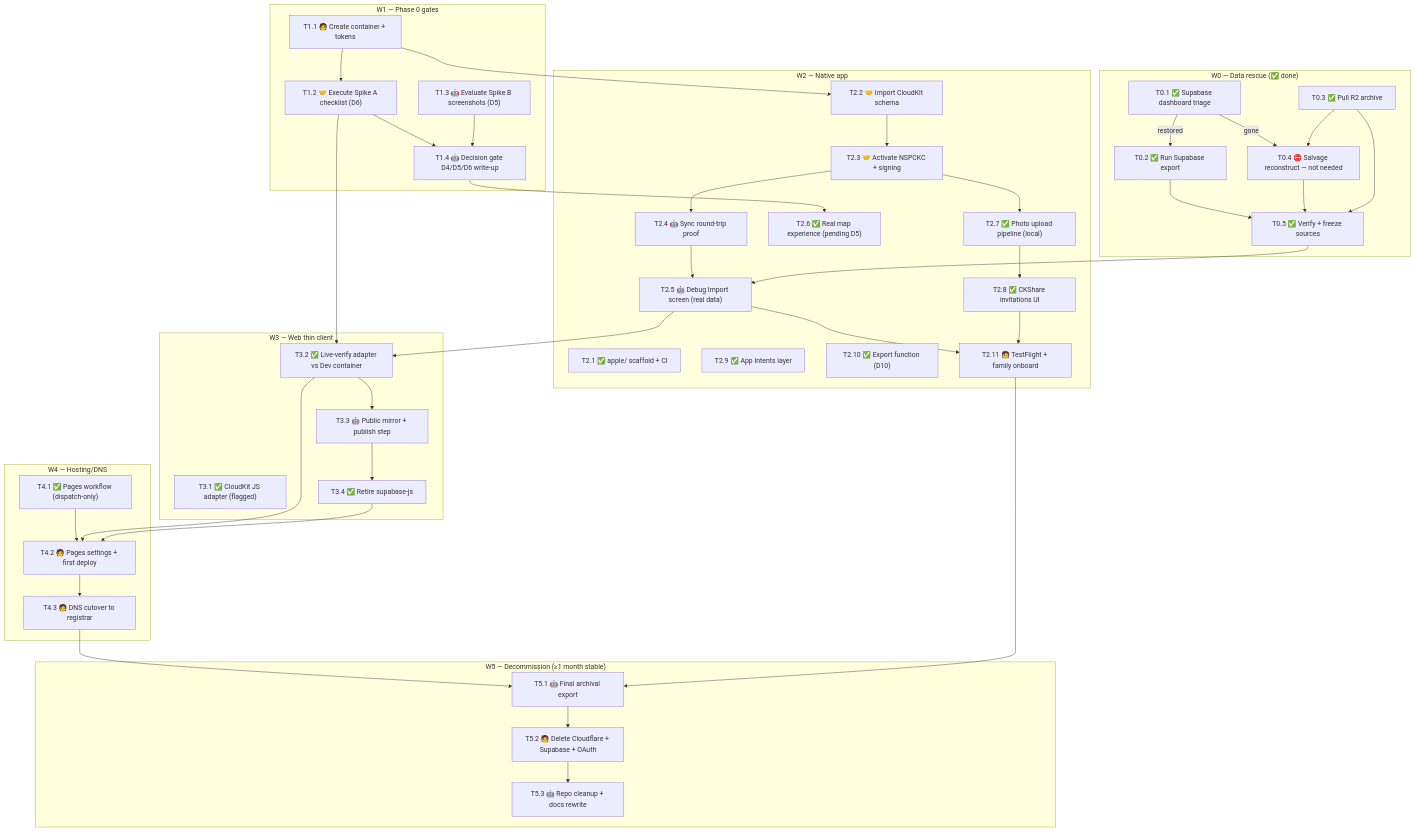
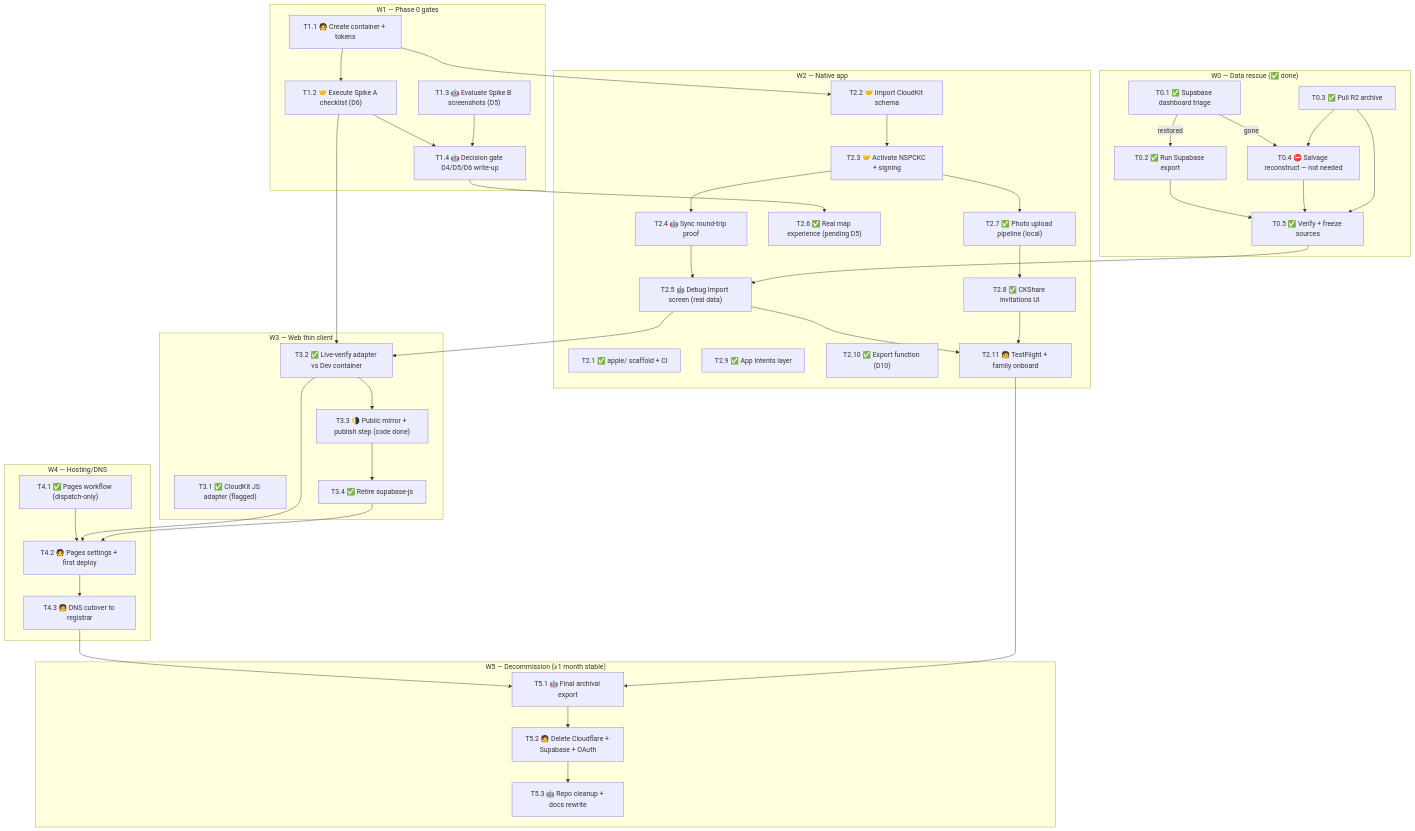
Before and after one commit to CHaerem/Akashic: the diagram in APPLE-MIGRATION-TASKS.md, drawn with Mermaid. The commit also changed other lines of this file and 1 other file, not shown here.

````diff
--- a/APPLE-MIGRATION-TASKS.md
+++ b/APPLE-MIGRATION-TASKS.md
@@ -28,71 +28,71 @@
 ```mermaid
 graph TD
     subgraph W0["W0 — Data rescue (✅ done)"]
         T01["T0.1 ✅ Supabase dashboard triage"]
         T02["T0.2 ✅ Run Supabase export"]
         T03["T0.3 ✅ Pull R2 archive"]
         T04["T0.4 ⛔ Salvage reconstruct — not needed"]
         T05["T0.5 ✅ Verify + freeze sources"]
         T01 -->|restored| T02 --> T05
         T01 -->|gone| T04 --> T05
         T03 --> T05
         T03 --> T04
     end
 
     subgraph W1["W1 — Phase 0 gates"]
         T11["T1.1 🧑 Create container + tokens"]
         T12["T1.2 🤝 Execute Spike A checklist (D6)"]
         T13["T1.3 🤖 Evaluate Spike B screenshots (D5)"]
         T14["T1.4 🤖 Decision gate D4/D5/D6 write-up"]
         T11 --> T12 --> T14
         T13 --> T14
     end
 
     subgraph W2["W2 — Native app"]
         T21["T2.1 ✅ apple/ scaffold + CI"]
         T22["T2.2 🤝 Import CloudKit schema"]
         T23["T2.3 🤝 Activate NSPCKC + signing"]
         T24["T2.4 🤖 Sync round-trip proof"]
         T25["T2.5 🤖 Debug Import screen (real data)"]
         T26["T2.6 ✅ Real map experience (pending D5)"]
         T27["T2.7 ✅ Photo upload pipeline (local)"]
         T28["T2.8 ✅ CKShare invitations UI"]
         T29["T2.9 ✅ App Intents layer"]
         T210["T2.10 ✅ Export function (D10)"]
         T211["T2.11 🧑 TestFlight + family onboard"]
         T11 --> T22 --> T23 --> T24 --> T25
         T05 --> T25
         T14 --> T26
         T23 --> T27 --> T28
         T25 --> T211
         T28 --> T211
     end
 
     subgraph W3["W3 — Web thin client"]
         T31["T3.1 ✅ CloudKit JS adapter (flagged)"]
         T32["T3.2 ✅ Live-verify adapter vs Dev container"]
-        T33["T3.3 🤖 Public mirror + publish step"]
+        T33["T3.3 🌗 Public mirror + publish step (code done)"]
         T34["T3.4 ✅ Retire supabase-js"]
         T12 --> T32
         T25 --> T32
         T32 --> T33 --> T34
     end
 
     subgraph W4["W4 — Hosting/DNS"]
         T41["T4.1 ✅ Pages workflow (dispatch-only)"]
         T42["T4.2 🧑 Pages settings + first deploy"]
         T43["T4.3 🧑 DNS cutover to registrar"]
         T41 --> T42 --> T43
         T32 --> T42
     end
 
     subgraph W5["W5 — Decommission (≥1 month stable)"]
         T51["T5.1 🤖 Final archival export"]
         T52["T5.2 🧑 Delete Cloudflare + Supabase + OAuth"]
         T53["T5.3 🤖 Repo cleanup + docs rewrite"]
         T43 --> T51 --> T52 --> T53
         T211 --> T51
     end
 
     T34 --> T42
 ```
````
